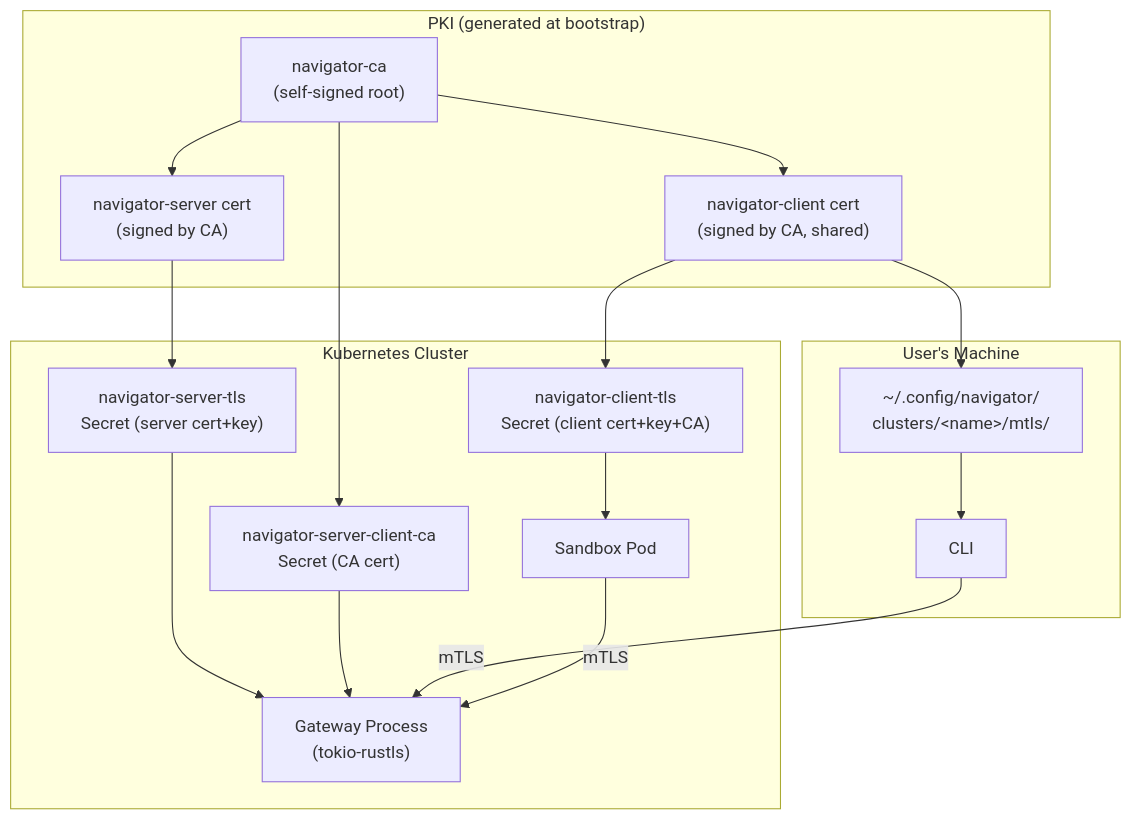
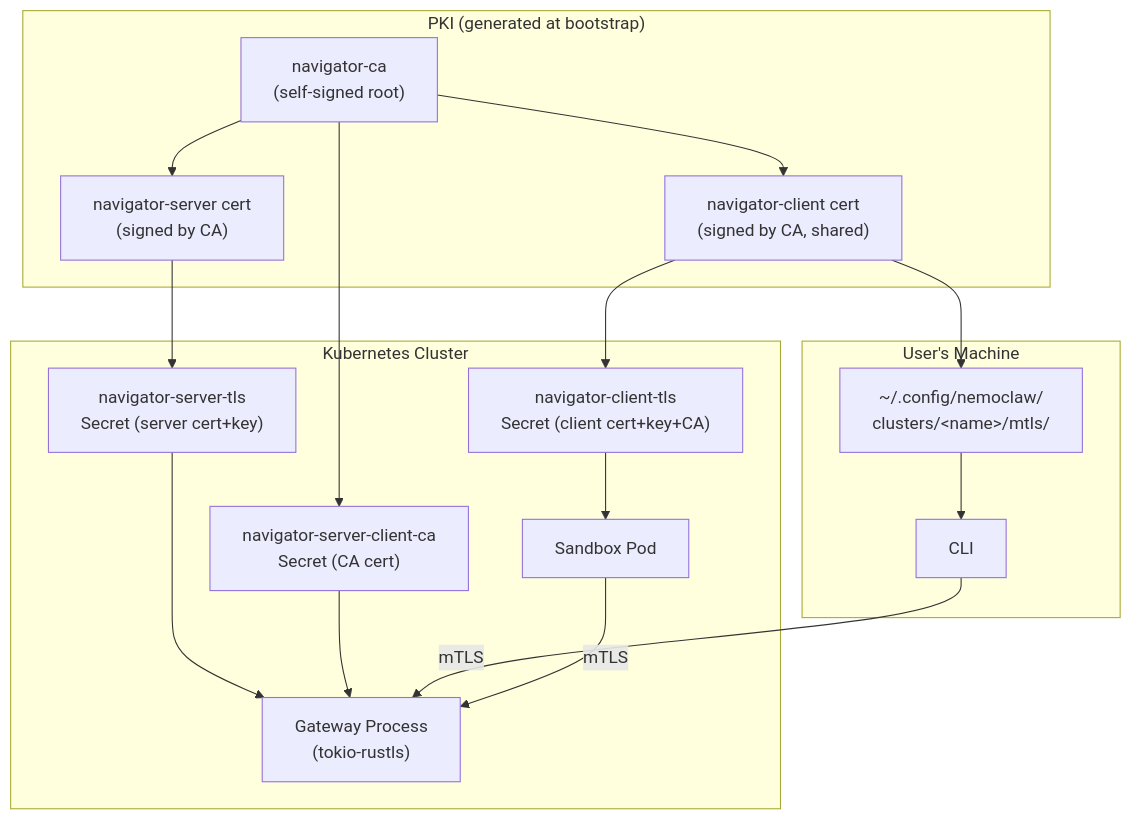
The first of 3 diagrams in architecture/gateway-security.md (NVIDIA/OpenShell), drawn with Mermaid before and after one commit. The commit also changed other lines of this file and 93 other files, not shown here.

````diff
--- a/architecture/gateway-security.md
+++ b/architecture/gateway-security.md
@@ -11,36 +11,36 @@
 ```mermaid
 graph TD
     subgraph PKI["PKI (generated at bootstrap)"]
         CA["navigator-ca<br/>(self-signed root)"]
         SERVER_CERT["navigator-server cert<br/>(signed by CA)"]
         CLIENT_CERT["navigator-client cert<br/>(signed by CA, shared)"]
         CA --> SERVER_CERT
         CA --> CLIENT_CERT
     end
 
     subgraph CLUSTER["Kubernetes Cluster"]
         S1["navigator-server-tls<br/>Secret (server cert+key)"]
         S2["navigator-server-client-ca<br/>Secret (CA cert)"]
         S3["navigator-client-tls<br/>Secret (client cert+key+CA)"]
         GW["Gateway Process<br/>(tokio-rustls)"]
         SBX["Sandbox Pod"]
     end
 
     subgraph HOST["User's Machine"]
         CLI["CLI"]
-        MTLS_DIR["~/.config/navigator/<br/>clusters/&lt;name&gt;/mtls/"]
+        MTLS_DIR["~/.config/nemoclaw/<br/>clusters/&lt;name&gt;/mtls/"]
     end
 
     SERVER_CERT --> S1
     CA --> S2
     CLIENT_CERT --> S3
     CLIENT_CERT --> MTLS_DIR
 
     S1 --> GW
     S2 --> GW
     S3 --> SBX
     MTLS_DIR --> CLI
 
     CLI -- "mTLS" --> GW
     SBX -- "mTLS" --> GW
 ```
````
